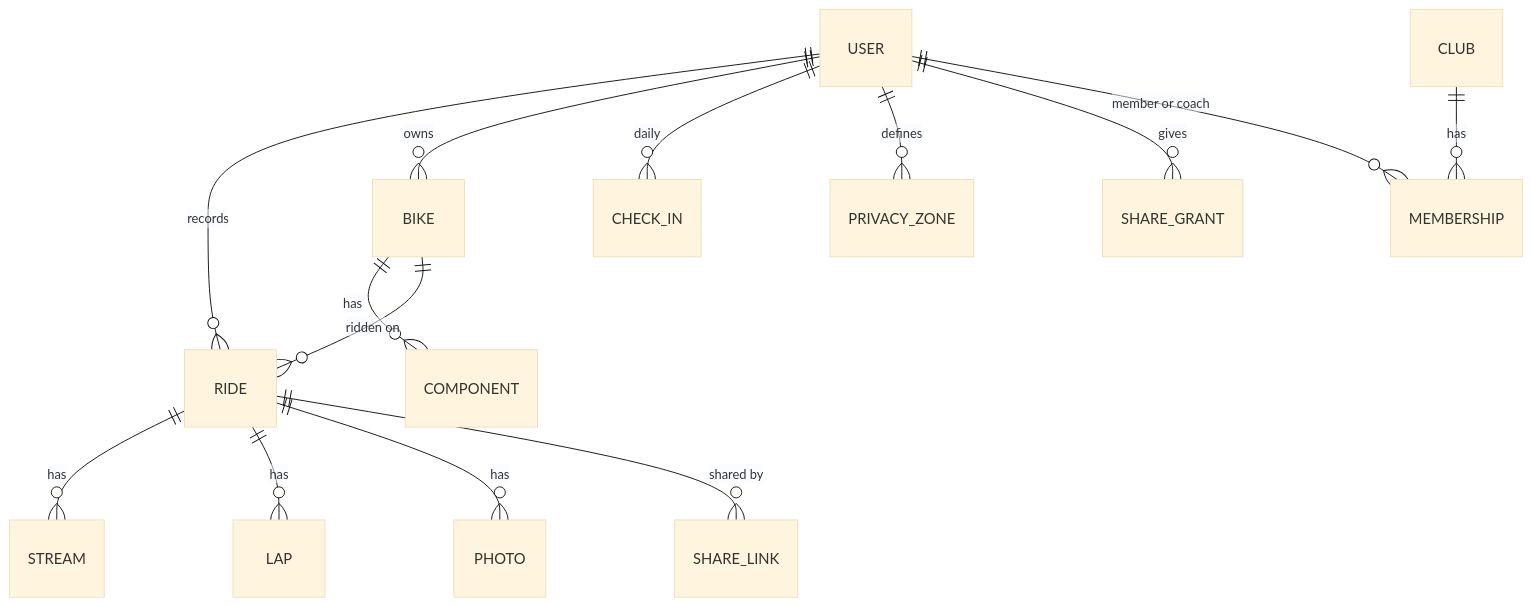
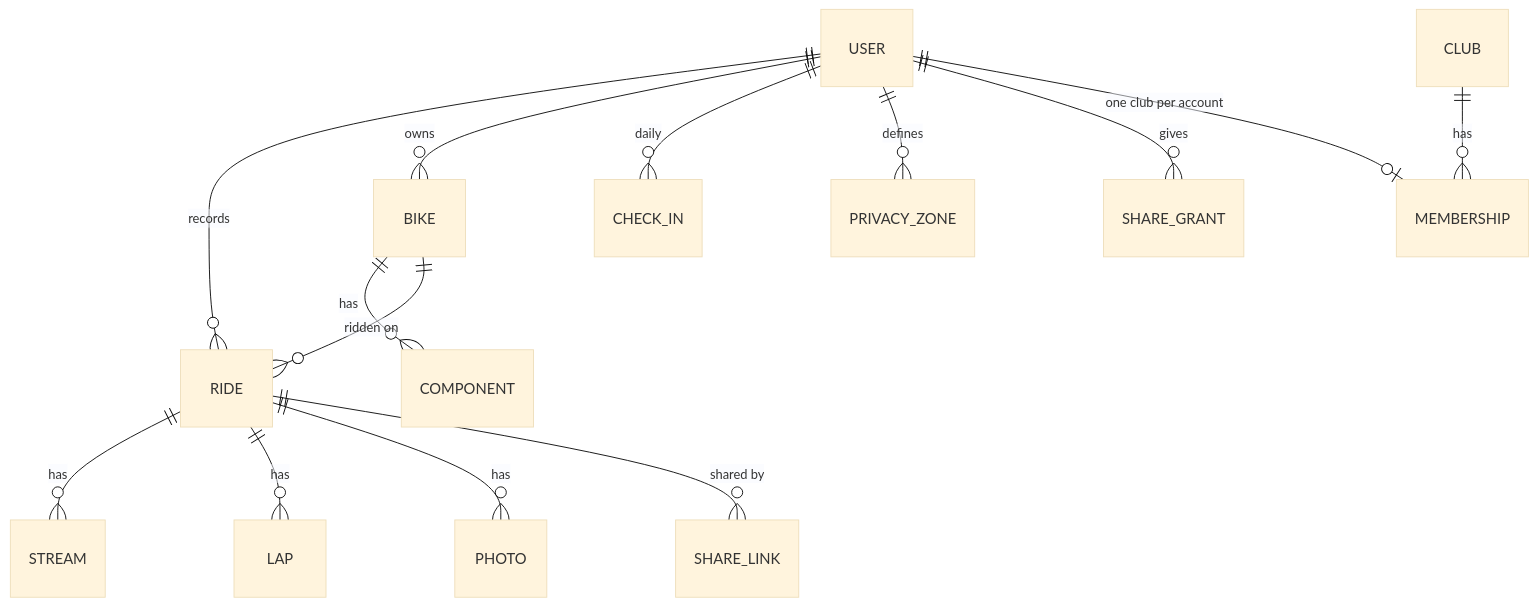
The third of 4 diagrams in docs/architecture.md (zenkraker/Velomine), drawn with Mermaid (base theme) before and after one commit. The commit also changed other lines of this file and 54 other files, not shown here.

````diff
--- a/docs/architecture.md
+++ b/docs/architecture.md
@@ -149,16 +149,16 @@
 ```mermaid
 erDiagram
   USER ||--o{ RIDE : records
   USER ||--o{ BIKE : owns
   BIKE ||--o{ COMPONENT : has
   BIKE ||--o{ RIDE : "ridden on"
   RIDE ||--o{ STREAM : has
   RIDE ||--o{ LAP : has
   RIDE ||--o{ PHOTO : has
   RIDE ||--o{ SHARE_LINK : "shared by"
   USER ||--o{ CHECK_IN : daily
   USER ||--o{ PRIVACY_ZONE : defines
   USER ||--o{ SHARE_GRANT : gives
   CLUB ||--o{ MEMBERSHIP : has
-  USER ||--o{ MEMBERSHIP : "member or coach"
+  USER ||--o| MEMBERSHIP : "one club per account"
 ```
````
